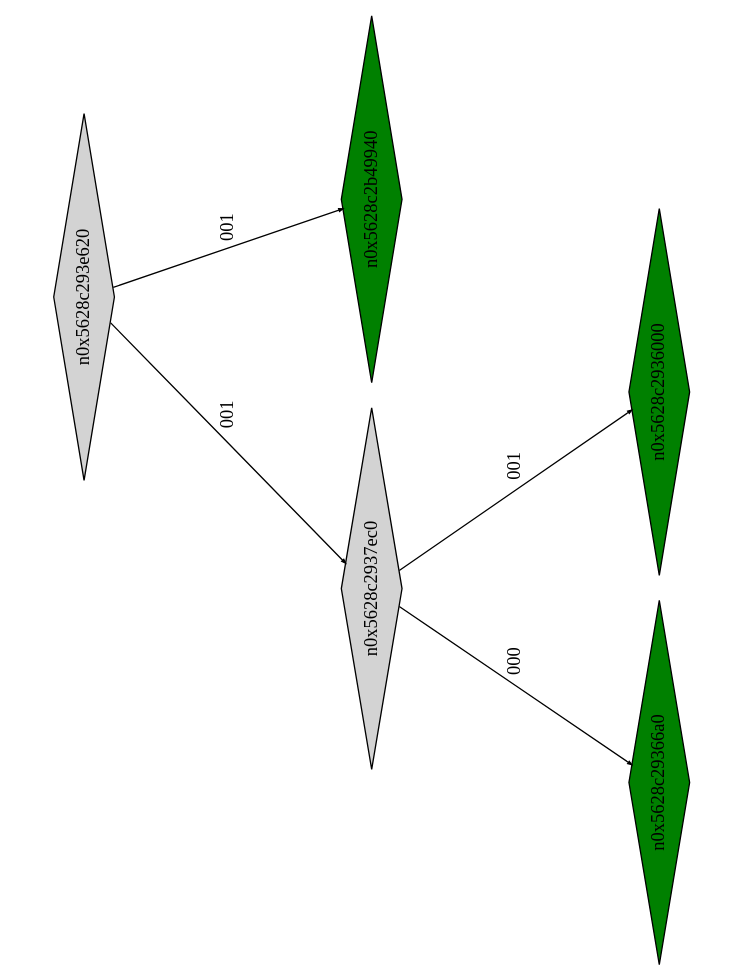
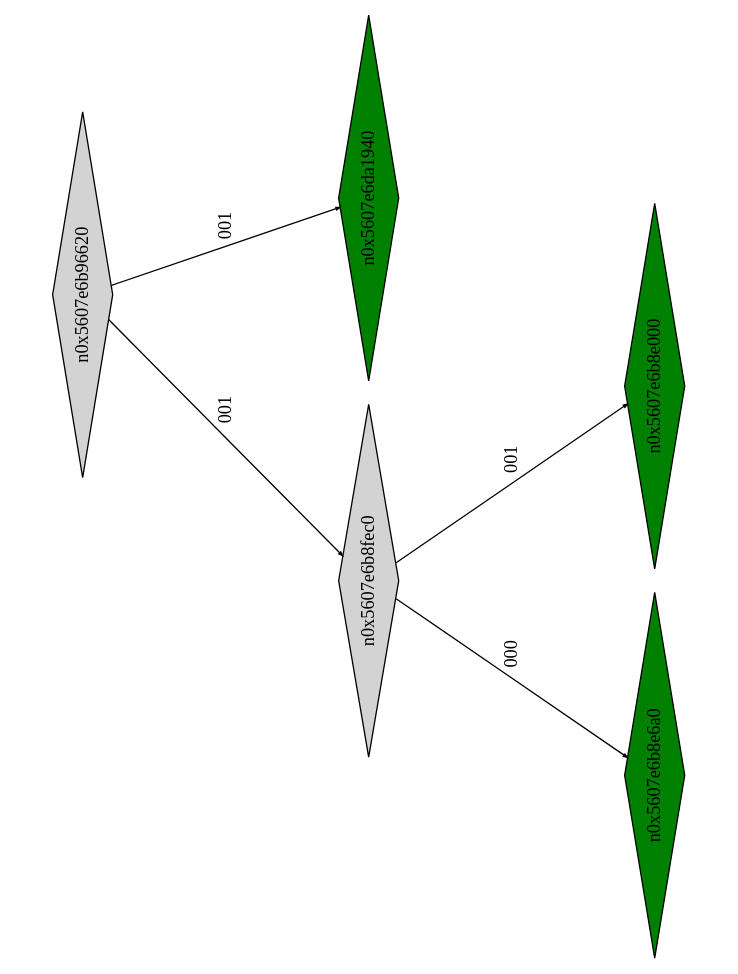
The diagram in example1_klee_out/ptree_00000268.dot (Research-Tools-PAVT/PSE-Program-Examples), drawn with Graphviz before and after one commit. The commit also changed 42 other files, not shown here.

```diff
--- a/example1_klee_out/ptree_00000268.dot
+++ b/example1_klee_out/ptree_00000268.dot
@@ -1,17 +1,17 @@
 digraph G {
 	size="10,7.5";
 	ratio=fill;
 	rotate=90;
 	center = "true";
 	node [style="filled",width=.1,height=.1,fontname="Terminus"]
 	edge [arrowsize=.3]
-	n0x5628c293e620 [shape=diamond];
-	n0x5628c293e620 -> n0x5628c2937ec0 [label=001];
-	n0x5628c293e620 -> n0x5628c2b49940 [label=001];
-	n0x5628c2b49940 [shape=diamond,fillcolor=green];
-	n0x5628c2937ec0 [shape=diamond];
-	n0x5628c2937ec0 -> n0x5628c29366a0 [label=000];
-	n0x5628c2937ec0 -> n0x5628c2936000 [label=001];
-	n0x5628c2936000 [shape=diamond,fillcolor=green];
-	n0x5628c29366a0 [shape=diamond,fillcolor=green];
+	n0x5607e6b96620 [shape=diamond];
+	n0x5607e6b96620 -> n0x5607e6b8fec0 [label=001];
+	n0x5607e6b96620 -> n0x5607e6da1940 [label=001];
+	n0x5607e6da1940 [shape=diamond,fillcolor=green];
+	n0x5607e6b8fec0 [shape=diamond];
+	n0x5607e6b8fec0 -> n0x5607e6b8e6a0 [label=000];
+	n0x5607e6b8fec0 -> n0x5607e6b8e000 [label=001];
+	n0x5607e6b8e000 [shape=diamond,fillcolor=green];
+	n0x5607e6b8e6a0 [shape=diamond,fillcolor=green];
 }
```
